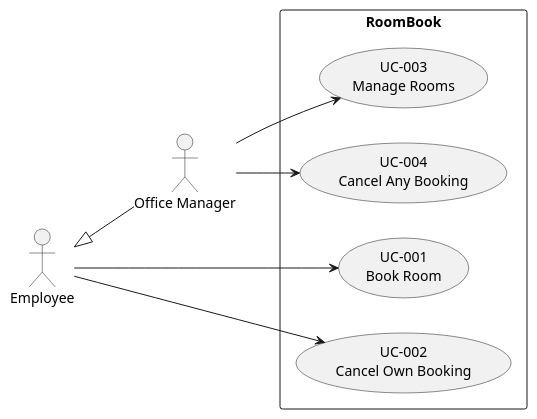
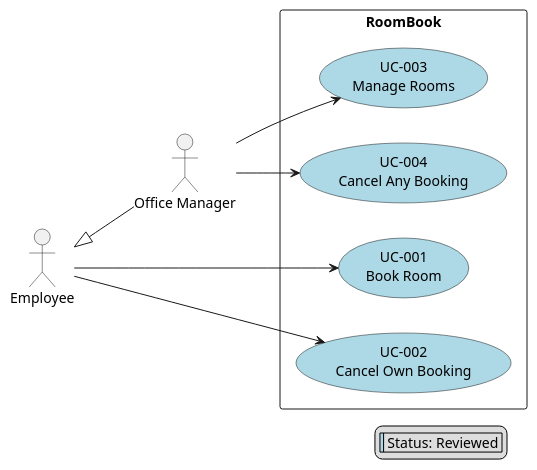
The diagram in docs/use_cases.puml (vesanieminen/spec-demo), drawn with PlantUML before and after one commit. The commit also changed 5 other files, not shown here.

```diff
--- a/docs/use_cases.puml
+++ b/docs/use_cases.puml
@@ -1,21 +1,25 @@
 @startuml Use Cases Overview
 left to right direction
 
 actor "Employee" as employee
 actor "Office Manager" as officeManager
 
 employee <|-- officeManager
 
 rectangle "RoomBook" {
-    usecase "UC-001\nBook Room" as UC001
-    usecase "UC-002\nCancel Own Booking" as UC002
-    usecase "UC-003\nManage Rooms" as UC003
-    usecase "UC-004\nCancel Any Booking" as UC004
+    usecase "UC-001\nBook Room" as UC001 #LightBlue
+    usecase "UC-002\nCancel Own Booking" as UC002 #LightBlue
+    usecase "UC-003\nManage Rooms" as UC003 #LightBlue
+    usecase "UC-004\nCancel Any Booking" as UC004 #LightBlue
 }
 
 employee --> UC001
 employee --> UC002
 officeManager --> UC003
 officeManager --> UC004
 
+legend right
+  |<#LightBlue>| Status: Reviewed |
+endlegend
+
 @enduml
```
